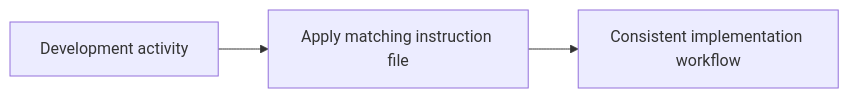
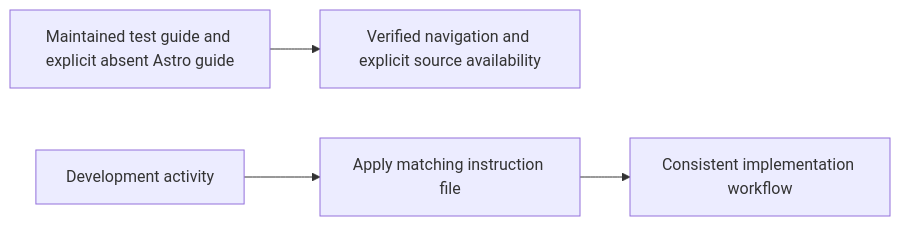
The diagram in .github/instructions/readme.md (anoblet/copilot), drawn with Mermaid before and after one commit. The commit also changed other lines of this file and 11 other files, not shown here.

````diff
--- a/.github/instructions/readme.md
+++ b/.github/instructions/readme.md
@@ -8,5 +10,6 @@
 ```mermaid
 flowchart LR
+    NAV10["Maintained test guide and explicit absent Astro guide"] --> NAV10OUT["Verified navigation and explicit source availability"]
     A["Development activity"] --> B["Apply matching instruction file"]
     B --> C["Consistent implementation workflow"]
 ```
````
